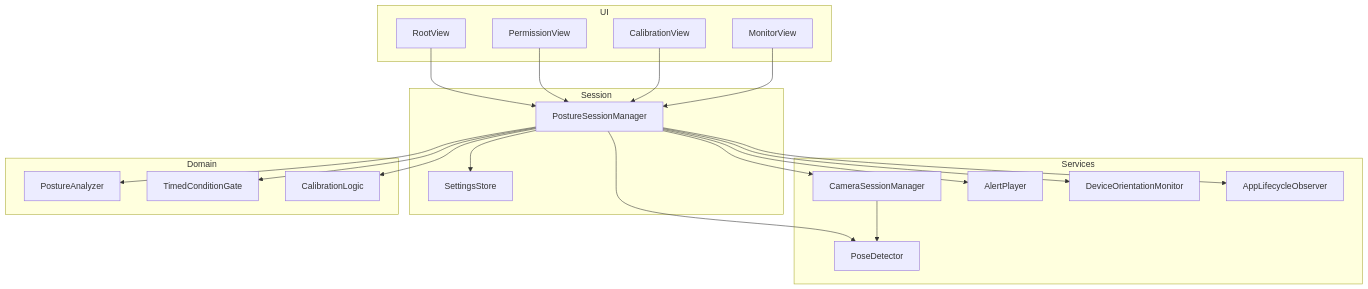
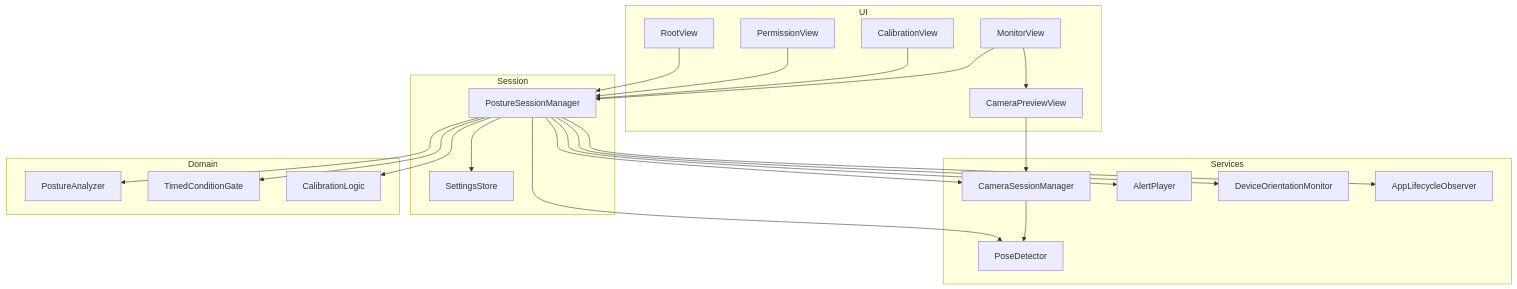
Before and after one commit to da-shina/nekoze-fix: the first of 5 diagrams in .kiro/specs/nekoze-fix/design.md, drawn with Mermaid. The commit also changed other lines of this file and 2 other files, not shown here.

````diff
--- a/.kiro/specs/nekoze-fix/design.md
+++ b/.kiro/specs/nekoze-fix/design.md
@@ -72,39 +74,42 @@
 ```mermaid
 graph TB
     subgraph UILayer [UI]
         RootView
         PermissionView
         CalibrationView
         MonitorView
+        CameraPreviewView
     end
     subgraph SessionLayer [Session]
         PostureSessionManager
         SettingsStore
     end
     subgraph ServicesLayer [Services]
         CameraSessionManager
         PoseDetector
         AlertPlayer
         DeviceOrientationMonitor
         AppLifecycleObserver
     end
     subgraph DomainLayer [Domain]
         PostureAnalyzer
         TimedConditionGate
         CalibrationLogic
     end
     RootView --> PostureSessionManager
     PermissionView --> PostureSessionManager
     CalibrationView --> PostureSessionManager
     MonitorView --> PostureSessionManager
+    MonitorView --> CameraPreviewView
+    CameraPreviewView --> CameraSessionManager
     PostureSessionManager --> SettingsStore
     PostureSessionManager --> CameraSessionManager
     PostureSessionManager --> PoseDetector
     PostureSessionManager --> AlertPlayer
     PostureSessionManager --> DeviceOrientationMonitor
     PostureSessionManager --> AppLifecycleObserver
     PostureSessionManager --> PostureAnalyzer
     PostureSessionManager --> TimedConditionGate
     PostureSessionManager --> CalibrationLogic
     CameraSessionManager --> PoseDetector
 ```
````
